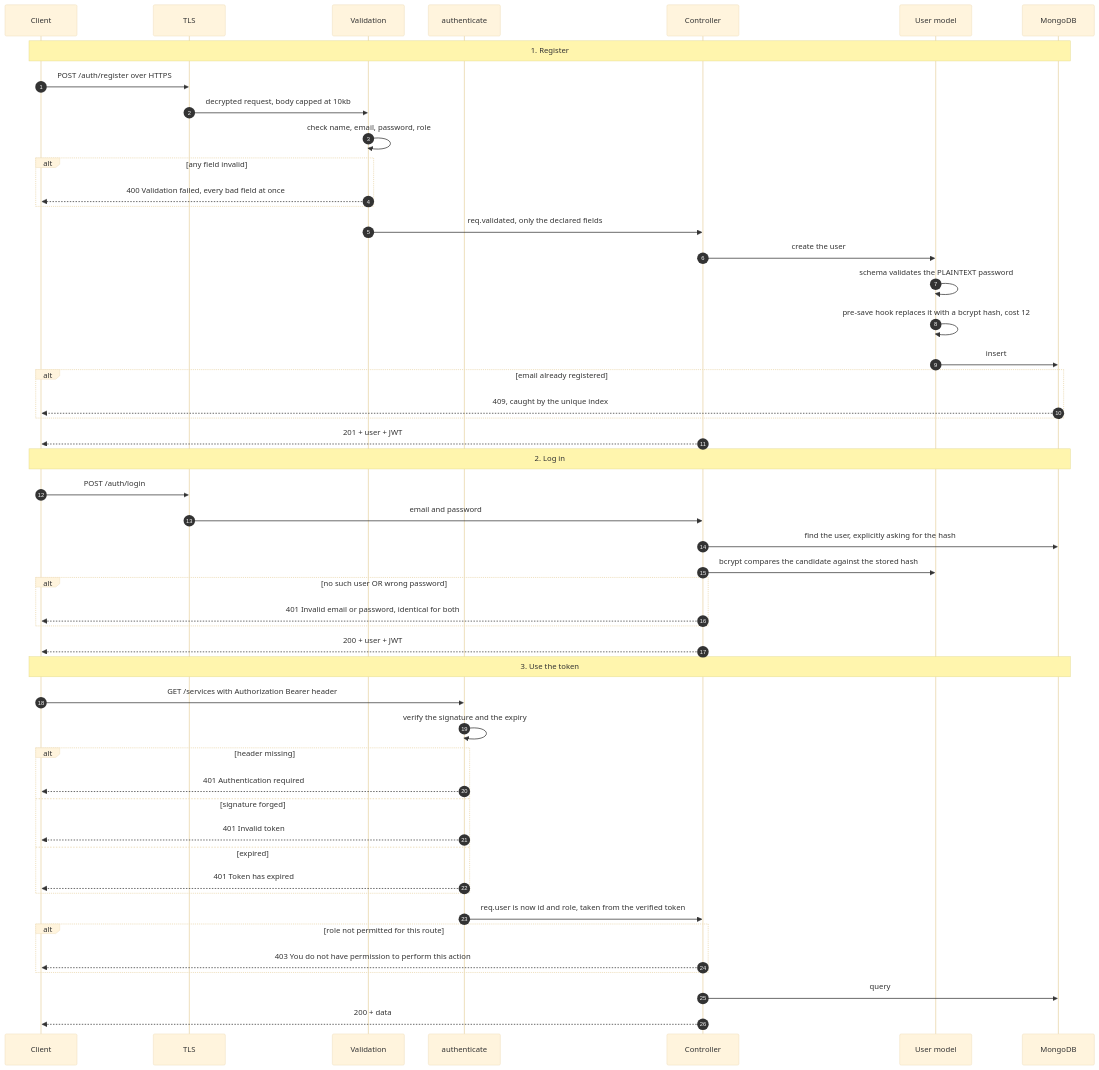
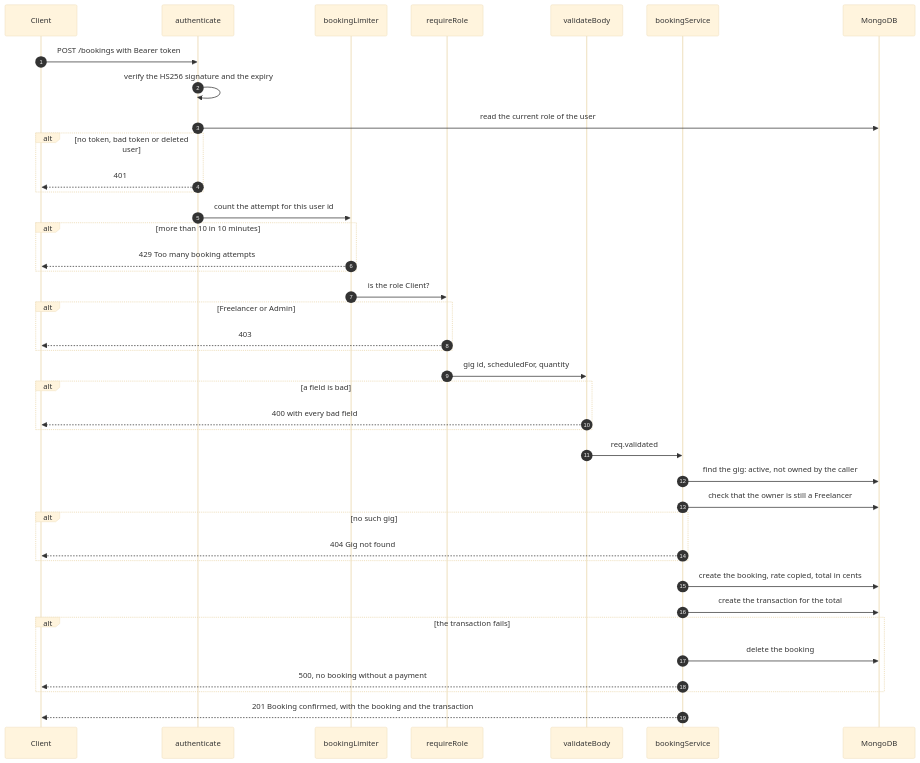
The second of 3 diagrams in README.md (ethan-edwards102/INSY7314-POE), drawn with Mermaid (base theme) before and after one commit. The commit also changed other lines of this file, not shown here.

Commit message:
Rewrite the README for Part 2 and mark the frontend work still to do

````diff
--- a/README.md
+++ b/README.md
@@ -268,55 +279,43 @@
 ```mermaid
 sequenceDiagram
     autonumber
-    participant U as Client
-    participant T as TLS
-    participant V as Validation
+    participant C as Client
     participant A as authenticate
-    participant C as Controller
-    participant M as User model
+    participant L as bookingLimiter
+    participant R as requireRole
+    participant V as validateBody
+    participant S as bookingService
     participant D as MongoDB
 
-    Note over U,D: 1. Register
-    U->>T: POST /auth/register over HTTPS
-    T->>V: decrypted request, body capped at 10kb
-    V->>V: check name, email, password, role
-    alt any field invalid
-        V-->>U: 400 Validation failed, every bad field at once
+    C->>A: POST /bookings with Bearer token
+    A->>A: verify the HS256 signature and the expiry
+    A->>D: read the current role of the user
+    alt no token, bad token or deleted user
+        A-->>C: 401
     end
-    V->>C: req.validated, only the declared fields
-    C->>M: create the user
-    M->>M: schema validates the PLAINTEXT password
-    M->>M: pre-save hook replaces it with a bcrypt hash, cost 12
-    M->>D: insert
-    alt email already registered
-        D-->>U: 409, caught by the unique index
+    A->>L: count the attempt for this user id
+    alt more than 10 in 10 minutes
+        L-->>C: 429 Too many booking attempts
     end
-    C-->>U: 201 + user + JWT
-
-    Note over U,D: 2. Log in
-    U->>T: POST /auth/login
-    T->>C: email and password
-    C->>D: find the user, explicitly asking for the hash
-    C->>M: bcrypt compares the candidate against the stored hash
-    alt no such user OR wrong password
-        C-->>U: 401 Invalid email or password, identical for both
+    L->>R: is the role Client?
+    alt Freelancer or Admin
+        R-->>C: 403
     end
-    C-->>U: 200 + user + JWT
-
-    Note over U,D: 3. Use the token
-    U->>A: GET /services with Authorization Bearer header
-    A->>A: verify the signature and the expiry
-    alt header missing
-        A-->>U: 401 Authentication required
-    else signature forged
-        A-->>U: 401 Invalid token
-    else expired
-        A-->>U: 401 Token has expired
+    R->>V: gig id, scheduledFor, quantity
+    alt a field is bad
+        V-->>C: 400 with every bad field
     end
-    A->>C: req.user is now id and role, taken from the verified token
-    alt role not permitted for this route
-        C-->>U: 403 You do not have permission to perform this action
+    V->>S: req.validated
+    S->>D: find the gig: active, not owned by the caller
+    S->>D: check that the owner is still a Freelancer
+    alt no such gig
+        S-->>C: 404 Gig not found
     end
-    C->>D: query
-    C-->>U: 200 + data
+    S->>D: create the booking, rate copied, total in cents
+    S->>D: create the transaction for the total
+    alt the transaction fails
+        S->>D: delete the booking
+        S-->>C: 500, no booking without a payment
+    end
+    S-->>C: 201 Booking confirmed, with the booking and the transaction
 ```
````
